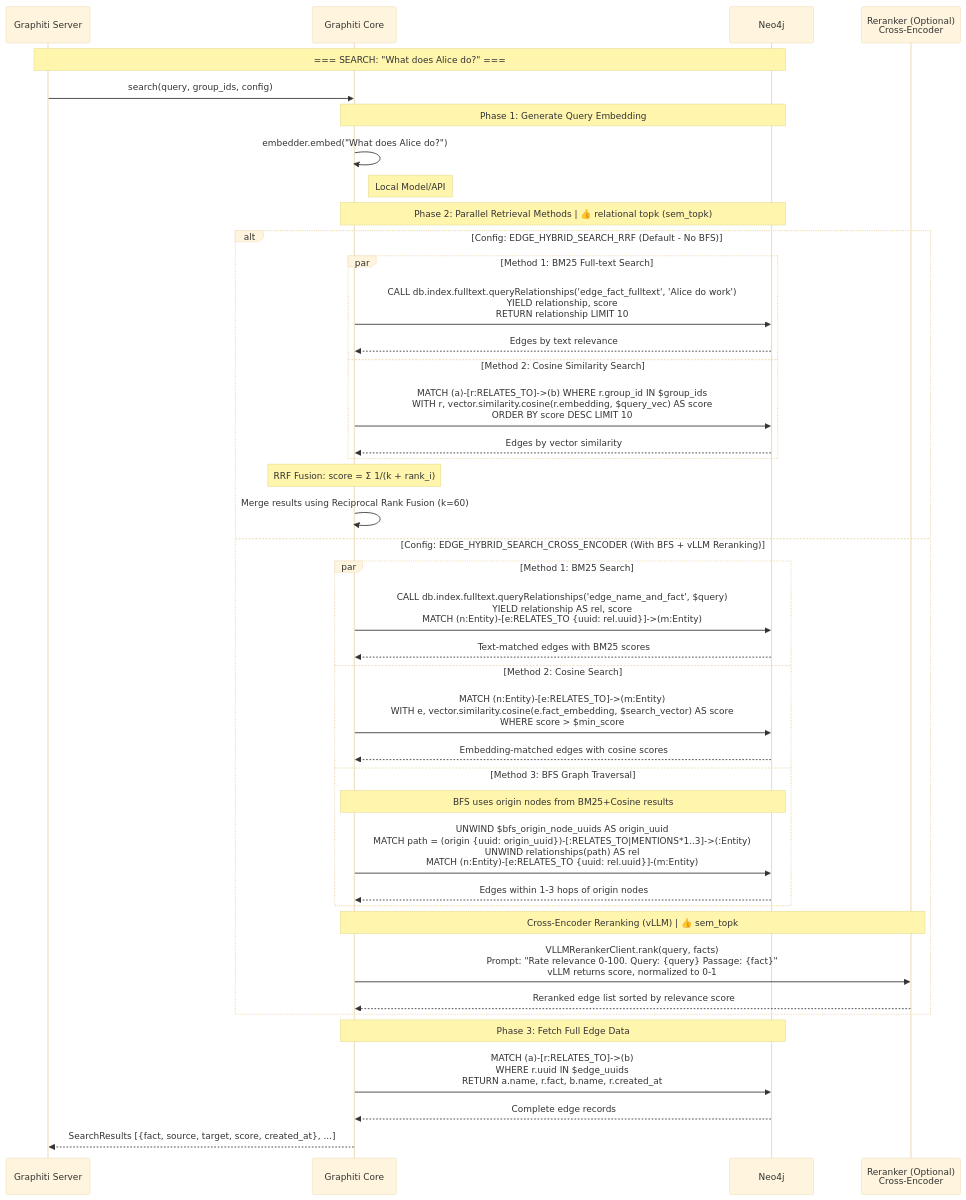
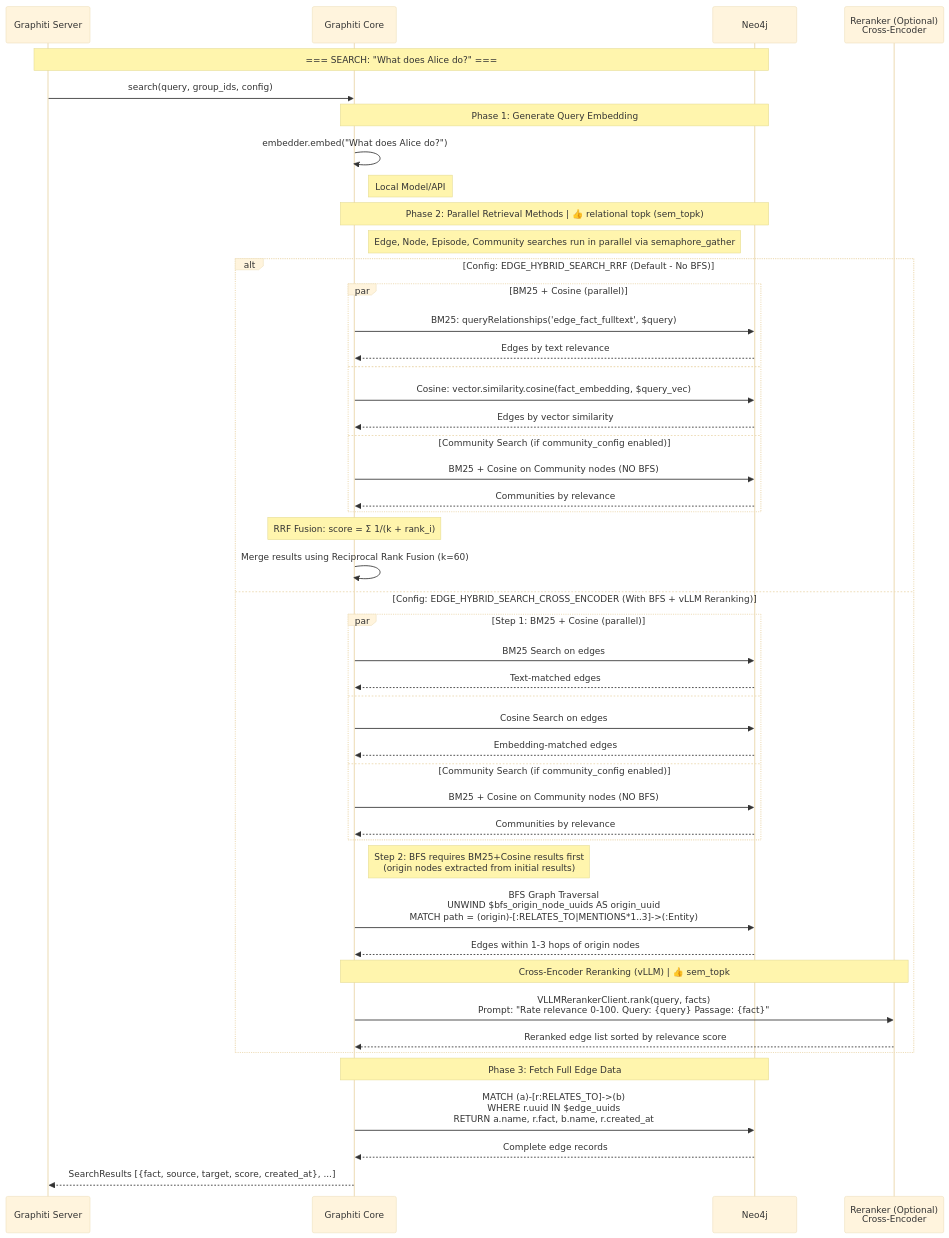
Before and after one commit to SleepyLGod/zep-graphiti: the second of 2 diagrams in examples/neo4j_otel/data_flow.md, drawn with Mermaid (base theme). The commit also changed other lines of this file, not shown here.

Commit message:
data flow doc updated: logic refined and details added.

````diff
--- a/examples/neo4j_otel/data_flow.md
+++ b/examples/neo4j_otel/data_flow.md
@@ -869,53 +749,60 @@
 ```mermaid
 sequenceDiagram
     participant App as Graphiti Server
     participant Core as Graphiti Core
     participant Neo4j as Neo4j
     participant Reranker as Reranker (Optional)<br/>Cross-Encoder
 
     Note over App, Neo4j: === SEARCH: "What does Alice do?" ===
 
     App->>Core: search(query, group_ids, config)
 
     Note over Core, Neo4j: Phase 1: Generate Query Embedding
     Core->>Core: embedder.embed("What does Alice do?")
     Note right of Core: Local Model/API
 
     Note over Core, Neo4j: Phase 2: Parallel Retrieval Methods | 👍 relational topk (sem_topk)
+    Note right of Core: Edge, Node, Episode, Community searches run in parallel via semaphore_gather
 
     alt Config: EDGE_HYBRID_SEARCH_RRF (Default - No BFS)
-        par Method 1: BM25 Full-text Search
-            Core->>Neo4j: CALL db.index.fulltext.queryRelationships('edge_fact_fulltext', 'Alice do work')<br/>YIELD relationship, score<br/>RETURN relationship LIMIT 10
+        par BM25 + Cosine (parallel)
+            Core->>Neo4j: BM25: queryRelationships('edge_fact_fulltext', $query)
             Neo4j-->>Core: Edges by text relevance
-        and Method 2: Cosine Similarity Search
-            Core->>Neo4j: MATCH (a)-[r:RELATES_TO]->(b) WHERE r.group_id IN $group_ids<br/>WITH r, vector.similarity.cosine(r.embedding, $query_vec) AS score<br/>ORDER BY score DESC LIMIT 10
+        and
+            Core->>Neo4j: Cosine: vector.similarity.cosine(fact_embedding, $query_vec)
             Neo4j-->>Core: Edges by vector similarity
+        and Community Search (if community_config enabled)
+            Core->>Neo4j: BM25 + Cosine on Community nodes (NO BFS)
+            Neo4j-->>Core: Communities by relevance
         end
-        
+
         Note over Core: RRF Fusion: score = Σ 1/(k + rank_i)
         Core->>Core: Merge results using Reciprocal Rank Fusion (k=60)
 
     else Config: EDGE_HYBRID_SEARCH_CROSS_ENCODER (With BFS + vLLM Reranking)
-        par Method 1: BM25 Search
-            Core->>Neo4j: CALL db.index.fulltext.queryRelationships('edge_name_and_fact', $query)<br/>YIELD relationship AS rel, score<br/>MATCH (n:Entity)-[e:RELATES_TO {uuid: rel.uuid}]->(m:Entity)
-            Neo4j-->>Core: Text-matched edges with BM25 scores
-        and Method 2: Cosine Search
-            Core->>Neo4j: MATCH (n:Entity)-[e:RELATES_TO]->(m:Entity)<br/>WITH e, vector.similarity.cosine(e.fact_embedding, $search_vector) AS score<br/>WHERE score > $min_score
-            Neo4j-->>Core: Embedding-matched edges with cosine scores
-        and Method 3: BFS Graph Traversal
-            Note over Core, Neo4j: BFS uses origin nodes from BM25+Cosine results
-            Core->>Neo4j: UNWIND $bfs_origin_node_uuids AS origin_uuid<br/>MATCH path = (origin {uuid: origin_uuid})-[:RELATES_TO|MENTIONS*1..3]->(:Entity)<br/>UNWIND relationships(path) AS rel<br/>MATCH (n:Entity)-[e:RELATES_TO {uuid: rel.uuid}]-(m:Entity)
-            Neo4j-->>Core: Edges within 1-3 hops of origin nodes
+        par Step 1: BM25 + Cosine (parallel)
+            Core->>Neo4j: BM25 Search on edges
+            Neo4j-->>Core: Text-matched edges
+        and
+            Core->>Neo4j: Cosine Search on edges
+            Neo4j-->>Core: Embedding-matched edges
+        and Community Search (if community_config enabled)
+            Core->>Neo4j: BM25 + Cosine on Community nodes (NO BFS)
+            Neo4j-->>Core: Communities by relevance
         end
 
+        Note right of Core: Step 2: BFS requires BM25+Cosine results first<br/>(origin nodes extracted from initial results)
+        Core->>Neo4j: BFS Graph Traversal<br/>UNWIND $bfs_origin_node_uuids AS origin_uuid<br/>MATCH path = (origin)-[:RELATES_TO|MENTIONS*1..3]->(:Entity)
+        Neo4j-->>Core: Edges within 1-3 hops of origin nodes
+
         Note over Core, Reranker: Cross-Encoder Reranking (vLLM) | 👍 sem_topk
-        Core->>Reranker: VLLMRerankerClient.rank(query, facts)<br/>Prompt: "Rate relevance 0-100. Query: {query} Passage: {fact}"<br/>vLLM returns score, normalized to 0-1
+        Core->>Reranker: VLLMRerankerClient.rank(query, facts)<br/>Prompt: "Rate relevance 0-100. Query: {query} Passage: {fact}"
         Reranker-->>Core: Reranked edge list sorted by relevance score
     end
 
     Note over Core, Neo4j: Phase 3: Fetch Full Edge Data
     Core->>Neo4j: MATCH (a)-[r:RELATES_TO]->(b)<br/>WHERE r.uuid IN $edge_uuids<br/>RETURN a.name, r.fact, b.name, r.created_at
     Neo4j-->>Core: Complete edge records
 
     Core-->>App: SearchResults [{fact, source, target, score, created_at}, ...]
 ```
````
